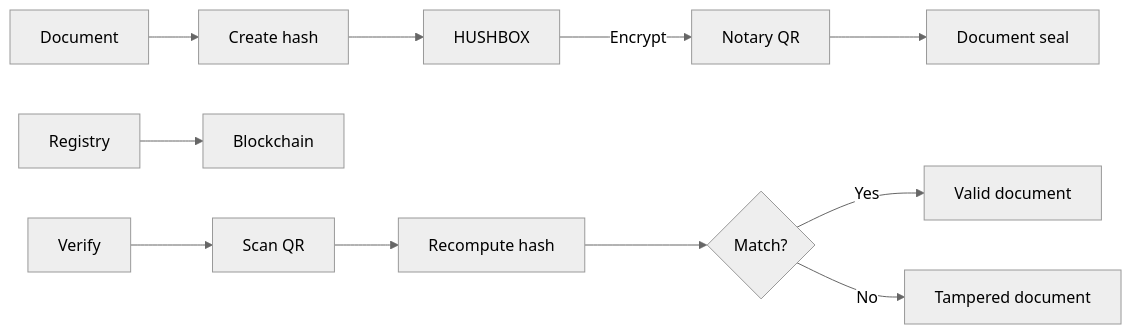
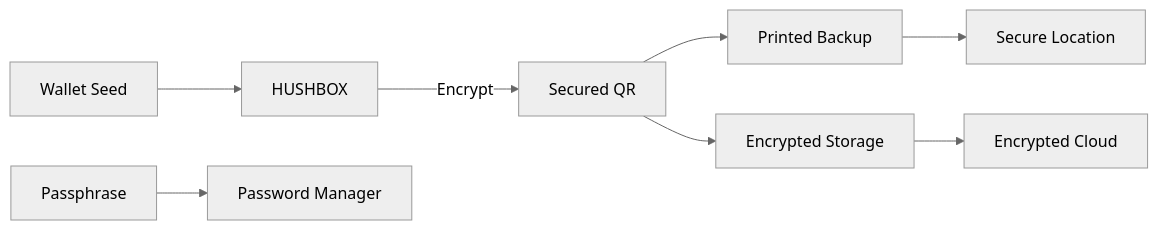
One commit to MPetovick/HUSHBOX changed the eighth of 8 diagrams in README.md. Above: the diagram before and after it, drawn with Mermaid (neutral theme). The commit also changed other lines of this file, not shown here.

````diff
--- a/README.md
+++ b/README.md
@@ -360,14 +275,11 @@
 ```mermaid
 flowchart LR
-    Document --> Hash[Create hash]
-    Hash --> HUSHBOX
-    HUSHBOX -->|Encrypt| QR[Notary QR]
-    QR --> Seal[Document seal]
-    Registry --> Blockchain
+    Seed[Wallet Seed] --> HUSHBOX
+    HUSHBOX -->|Encrypt| QR[Secured QR]
+    QR --> Physical[Printed Backup]
+    QR --> Digital[Encrypted Storage]
+    Passphrase --> Manager[Password Manager]
     
-    Verify --> Scanner[Scan QR]
-    Scanner --> Hasher[Recompute hash]
-    Hasher --> Compare{Match?}
-    Compare -->|Yes| Valid[Valid document]
-    Compare -->|No| Invalid[Tampered document]
+    Physical --> Safe[Secure Location]
+    Digital --> Cloud[Encrypted Cloud]
 ```
````
